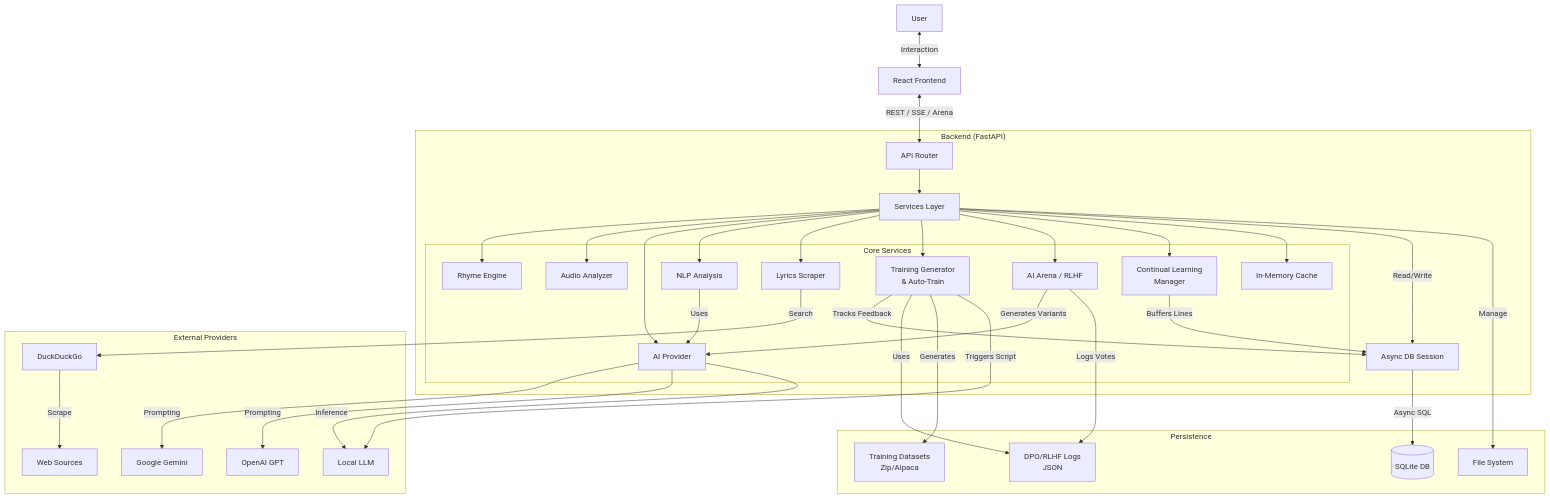
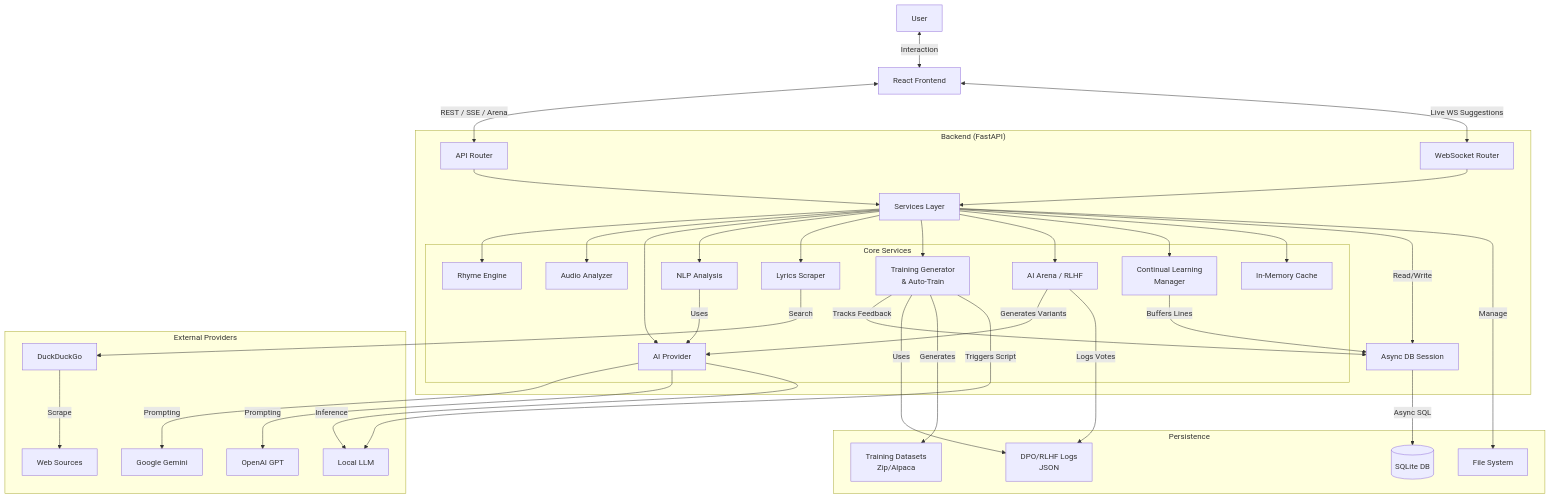
The diagram in README.md (ChiragNSundar/VibeLyrics), drawn with Mermaid before and after one commit. The commit also changed other lines of this file and 14 other files, not shown here.

````diff
--- a/README.md
+++ b/README.md
@@ -120,72 +122,75 @@
 ```mermaid
 graph TD
     Client[React Frontend]
     User[User]
     
     subgraph "Backend (FastAPI)"
         API[API Router]
+        WS[WebSocket Router]
         Services[Services Layer]
         DB_Layer[Async DB Session]
         
         subgraph "Core Services"
             Rhyme[Rhyme Engine]
             Audio[Audio Analyzer]
             AI_Service[AI Provider]
             NLP[NLP Analysis]
             Scraper[Lyrics Scraper]
             Training[Training Generator\n& Auto-Train]
             Arena[AI Arena / RLHF]
             Continual[Continual Learning\nManager]
             Cache[In-Memory Cache]
         end
     end
     
     subgraph "External Providers"
         Gemini[Google Gemini]
         OpenAI[OpenAI GPT]
         LMStudio[Local LLM]
         Duck[DuckDuckGo]
         Web[Web Sources]
     end
     
     subgraph "Persistence"
         SQLite[(SQLite DB)]
         Files[File System]
         Export[Training Datasets\nZip/Alpaca]
         Feedback[DPO/RLHF Logs\nJSON]
     end
 
     User <-->|Interaction| Client
     Client <-->|REST / SSE / Arena| API
+    Client <-->|Live WS Suggestions| WS
     
     API --> Services
+    WS --> Services
     
     Services --> Rhyme
     Services --> Audio
     Services --> AI_Service
     Services --> NLP
     Services --> Scraper
     Services --> Training
     Services --> Arena
     Services --> Continual
     Services --> Cache
     
     NLP -->|Uses| AI_Service
     Arena -->|Generates Variants| AI_Service
     Arena -->|Logs Votes| Feedback
     Continual -->|Buffers Lines| DB_Layer
     Training -->|Tracks Feedback| DB_Layer
     Training -->|Uses| Feedback
     Training -->|Generates| Export
     Training -->|Triggers Script| LMStudio
     
     AI_Service -->|Prompting| Gemini
     AI_Service -->|Prompting| OpenAI
     AI_Service -->|Inference| LMStudio
     Scraper -->|Search| Duck
     Duck -->|Scrape| Web
     
     Services -->|Read/Write| DB_Layer
     DB_Layer -->|Async SQL| SQLite
     Services -->|Manage| Files
 ```
````
